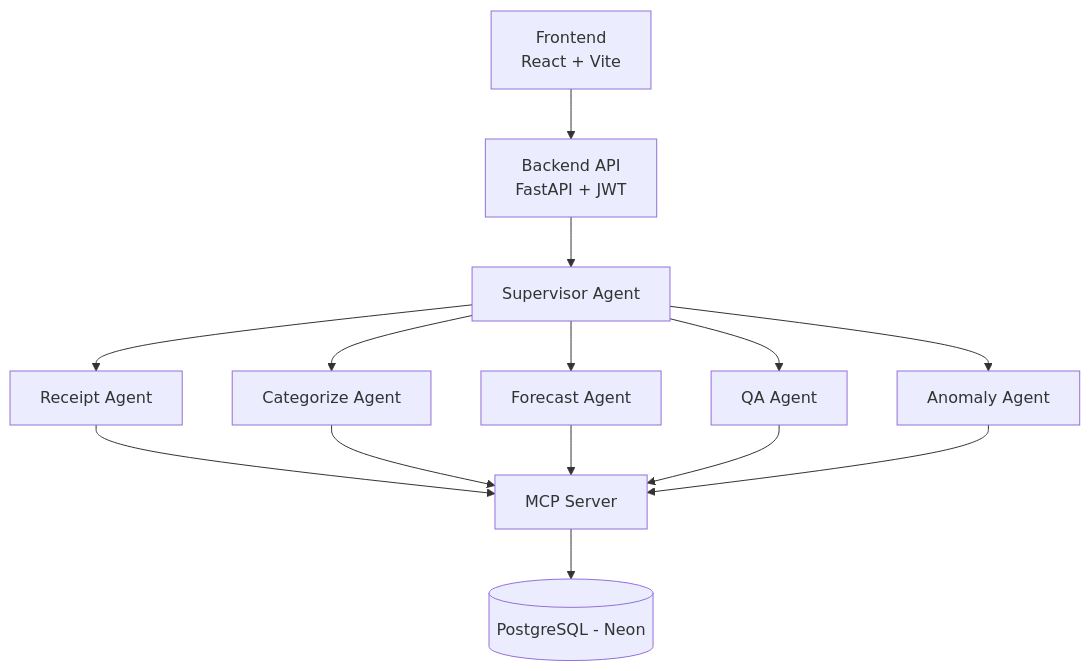
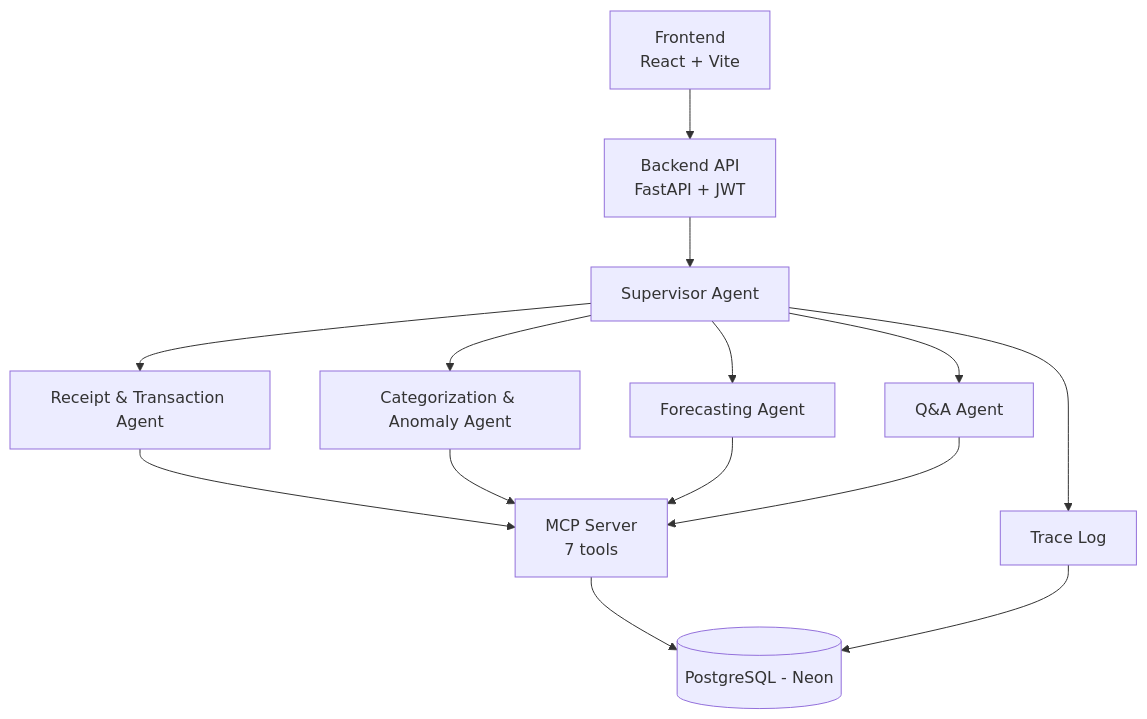
The diagram in README.md (Zoha-Ali/finsight-ai), drawn with Mermaid before and after one commit. The commit also changed other lines of this file and 7 other files, not shown here.

````diff
--- a/README.md
+++ b/README.md
@@ -7,16 +7,16 @@
 ```mermaid
 graph TD
     A[Frontend<br/>React + Vite] --> B[Backend API<br/>FastAPI + JWT]
     B --> C[Supervisor Agent]
-    C --> D[Receipt Agent]
-    C --> E[Categorize Agent]
-    C --> F[Forecast Agent]
-    C --> G[QA Agent]
-    C --> H[Anomaly Agent]
-    D --> I[MCP Server]
+    C --> D[Receipt & Transaction Agent]
+    C --> E[Categorization & Anomaly Agent]
+    C --> F[Forecasting Agent]
+    C --> G[Q&A Agent]
+    D --> I[MCP Server<br/>7 tools]
     E --> I
     F --> I
     G --> I
-    H --> I
     I --> J[(PostgreSQL - Neon)]
+    C --> K[Trace Log]
+    K --> J
 ```
````
